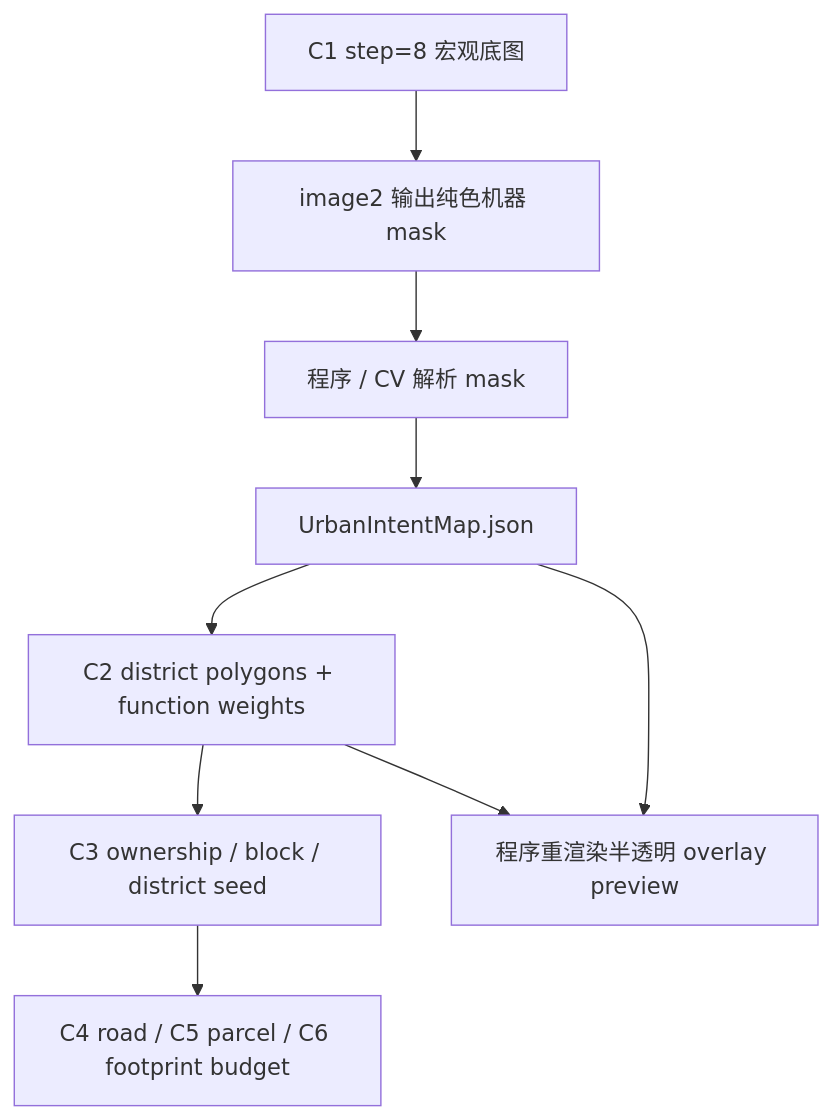
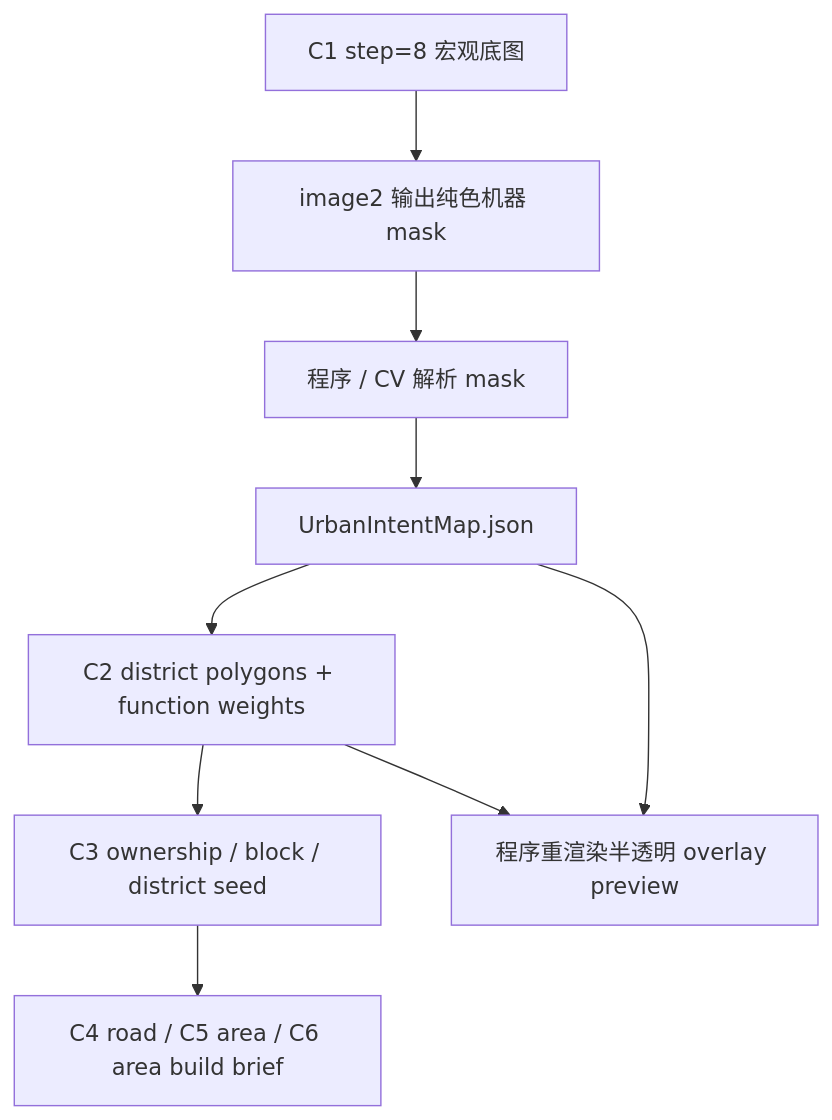
One commit to RinsingEL/designer_territoryMod changed the diagram in docs/10_product/city/c_refactor/功能设计/C3意图图到Ownership转换.md. Above: the diagram before and after it, drawn with Mermaid. The commit also changed other lines of this file and 17 other files, not shown here.

````diff
--- a/docs/10_product/city/c_refactor/功能设计/C3意图图到Ownership转换.md
+++ b/docs/10_product/city/c_refactor/功能设计/C3意图图到Ownership转换.md
@@ -15,11 +15,11 @@
 ```mermaid
 flowchart TD
     A["C1 step=8 宏观底图"] --> B["image2 输出纯色机器 mask"]
     B --> C["程序 / CV 解析 mask"]
     C --> D["UrbanIntentMap.json"]
     D --> E["C2 district polygons + function weights"]
     E --> F["C3 ownership / block / district seed"]
     D --> G["程序重渲染半透明 overlay preview"]
     E --> G
-    F --> H["C4 road / C5 parcel / C6 footprint budget"]
+    F --> H["C4 road / C5 area / C6 area build brief"]
 ```
````
